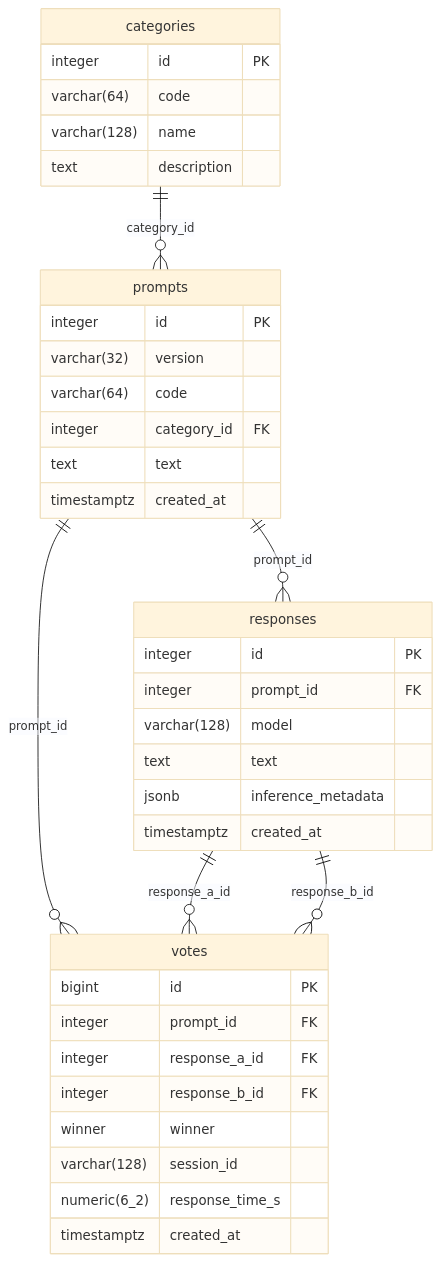
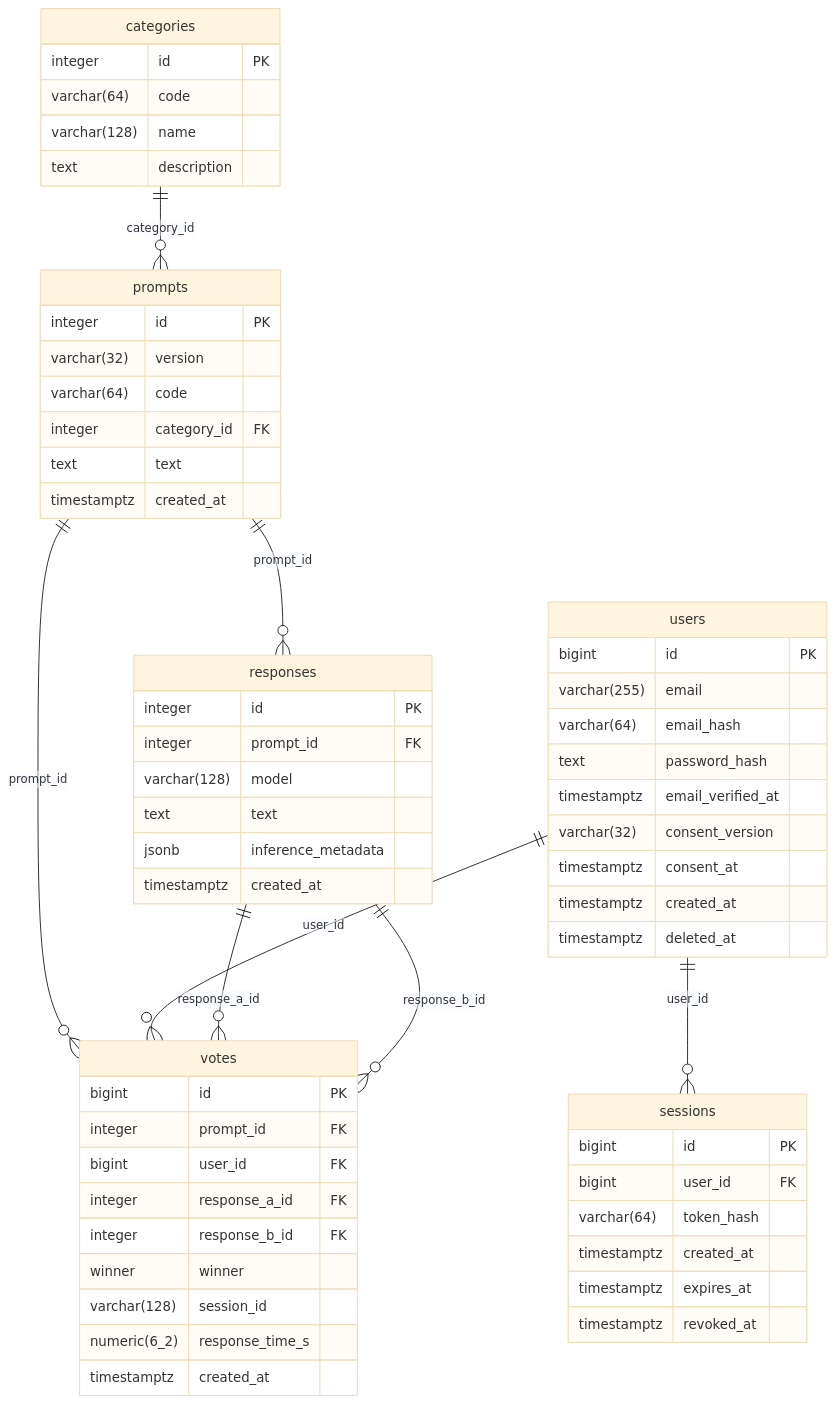
One commit to Softcatala/arena-cat changed the diagram in docs/db_schema.md. Above: the diagram before and after it, drawn with Mermaid (base theme). The commit also changed other lines of this file and 18 other files, not shown here.

````diff
--- a/docs/db_schema.md
+++ b/docs/db_schema.md
@@ -7,44 +7,68 @@
 ```mermaid
 erDiagram
     categories {
         integer id PK
         varchar(64) code
         varchar(128) name
         text description
     }
 
     prompts {
         integer id PK
         varchar(32) version
         varchar(64) code
         integer category_id FK
         text text
         timestamptz created_at
     }
 
     responses {
         integer id PK
         integer prompt_id FK
         varchar(128) model
         text text
         jsonb inference_metadata
         timestamptz created_at
     }
 
+    users {
+        bigint id PK
+        varchar(255) email
+        varchar(64) email_hash
+        text password_hash
+        timestamptz email_verified_at
+        varchar(32) consent_version
+        timestamptz consent_at
+        timestamptz created_at
+        timestamptz deleted_at
+    }
+
+    sessions {
+        bigint id PK
+        bigint user_id FK
+        varchar(64) token_hash
+        timestamptz created_at
+        timestamptz expires_at
+        timestamptz revoked_at
+    }
+
     votes {
         bigint id PK
         integer prompt_id FK
+        bigint user_id FK
         integer response_a_id FK
         integer response_b_id FK
         winner winner
         varchar(128) session_id
         numeric(6_2) response_time_s
         timestamptz created_at
     }
 
     categories ||--o{ prompts : "category_id"
     prompts ||--o{ responses : "prompt_id"
     prompts ||--o{ votes : "prompt_id"
+    users ||--o{ sessions : "user_id"
+    users ||--o{ votes : "user_id"
     responses ||--o{ votes : "response_a_id"
     responses ||--o{ votes : "response_b_id"
 ```
````
